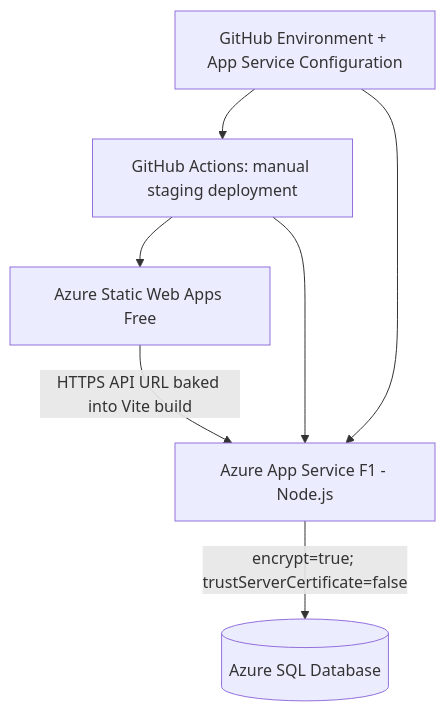
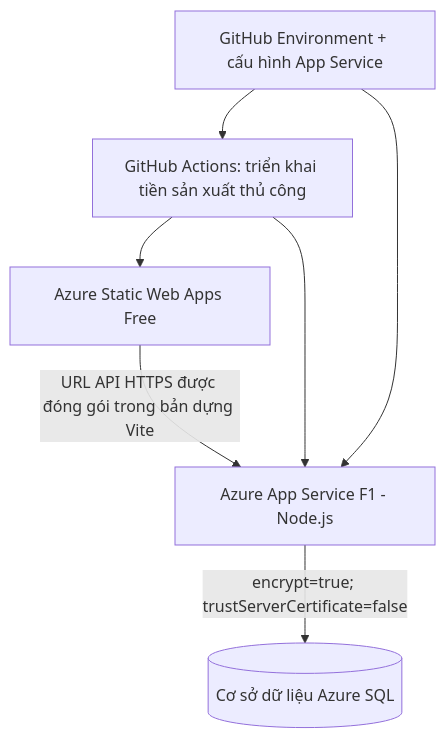
One commit to SWP391-LibraryManagement/LibraryManagement changed the fourth of 4 diagrams in docs/architecture/system-architecture.md. Above: the diagram before and after it, drawn with Mermaid. The commit also changed other lines of this file and 9 other files, not shown here.

````diff
--- a/docs/architecture/system-architecture.md
+++ b/docs/architecture/system-architecture.md
@@ -102,15 +103,15 @@
 ```mermaid
 flowchart TB
-  GH["GitHub Actions: manual staging deployment"]
+  GH["GitHub Actions: triển khai tiền sản xuất thủ công"]
   SWA["Azure Static Web Apps Free"]
   APP["Azure App Service F1 - Node.js"]
-  SQL[("Azure SQL Database")]
-  CFG["GitHub Environment + App Service Configuration"]
+  SQL[("Cơ sở dữ liệu Azure SQL")]
+  CFG["GitHub Environment + cấu hình App Service"]
 
   GH --> SWA
   GH --> APP
   CFG --> GH
   CFG --> APP
-  SWA -->|"HTTPS API URL baked into Vite build"| APP
+  SWA -->|"URL API HTTPS được đóng gói trong bản dựng Vite"| APP
   APP -->|"encrypt=true; trustServerCertificate=false"| SQL
 ```
````
